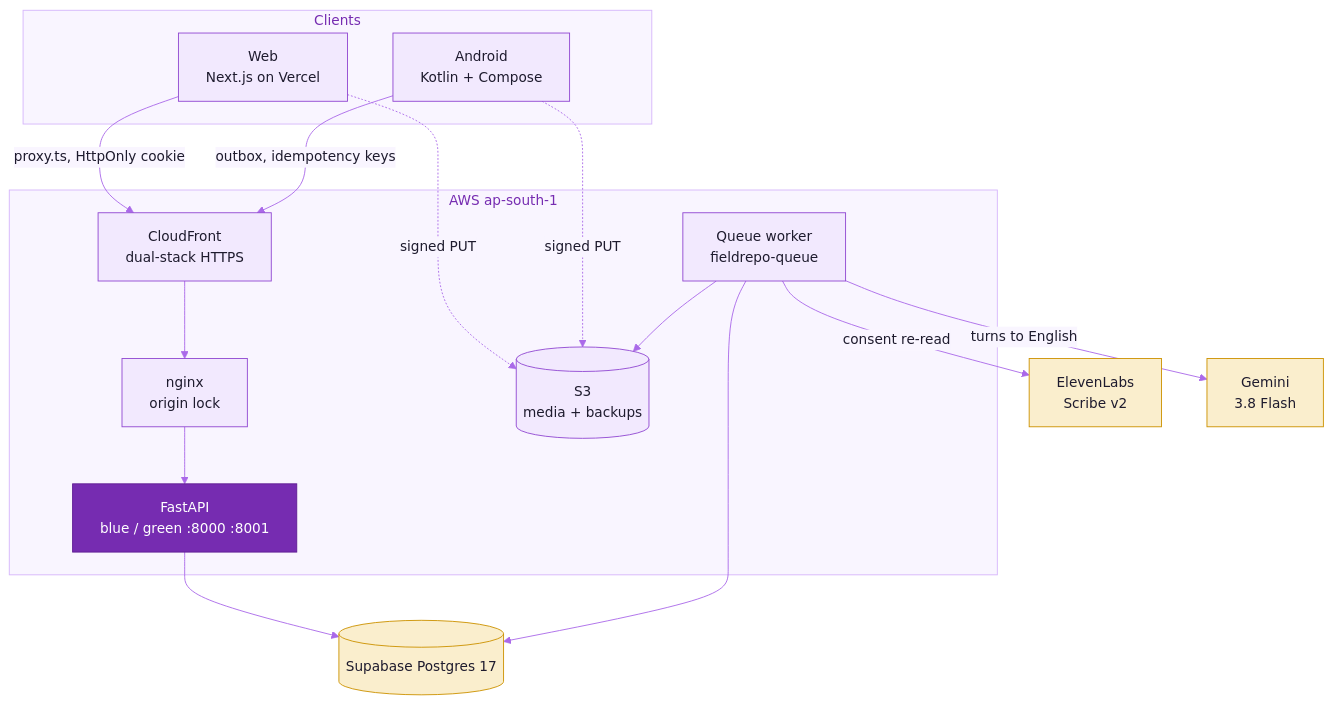
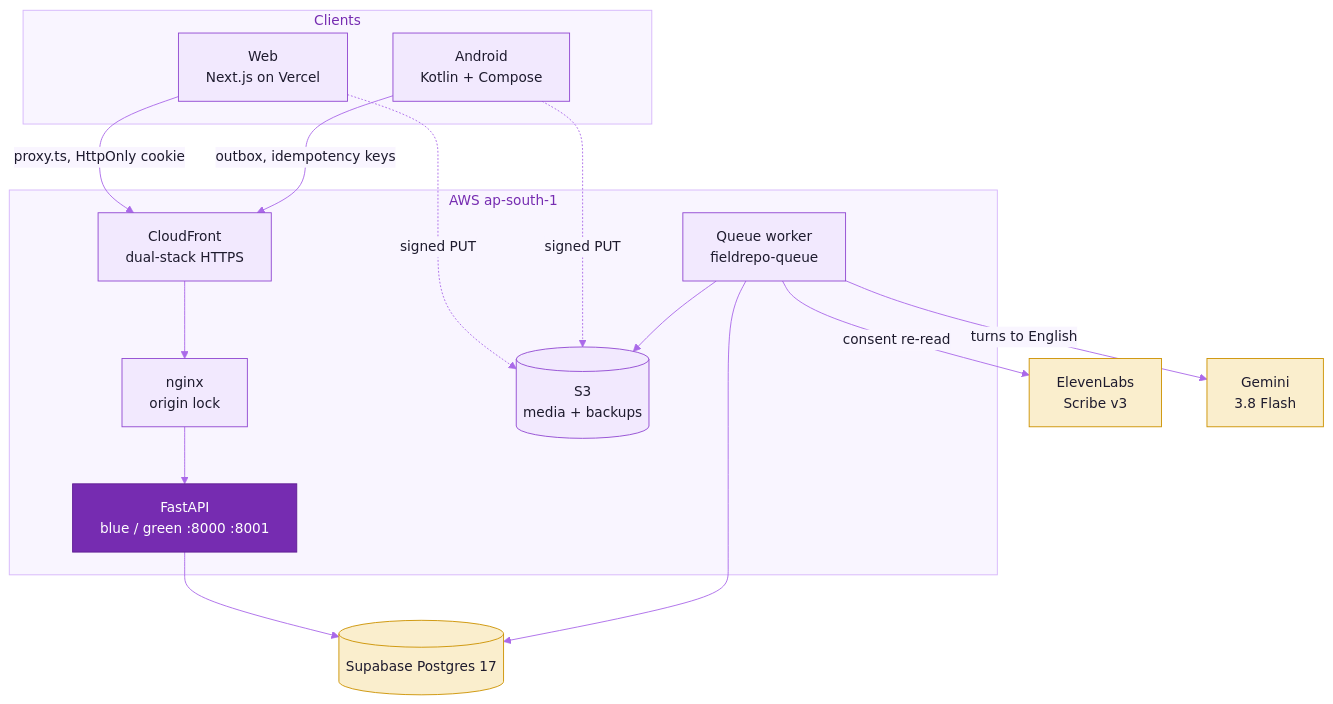
Before and after one commit to cxacraftecosystem-ui/documentation-portal: the first of 5 diagrams in README.md, drawn with Mermaid. The commit also changed other lines of this file and 52 other files, not shown here.

Commit message:
0.0.2: speech-to-text moves to ElevenLabs Scribe v3 on every surface, retries on Scribe v2 when a request is refused, and Android shows the badge the server names

````diff
--- a/README.md
+++ b/README.md
@@ -71,32 +71,32 @@
 ```mermaid
 %%{init: {"theme":"base","fontFamily":"Inter, ui-sans-serif, system-ui, -apple-system, Segoe UI, Roboto, Helvetica, Arial, sans-serif","themeVariables":{"fontSize":"15px","primaryColor":"#F2E9FE","primaryTextColor":"#1E1B2E","primaryBorderColor":"#9148D2","secondaryColor":"#FAEECD","secondaryTextColor":"#1E1B2E","secondaryBorderColor":"#CD9200","tertiaryColor":"#F3F1FA","tertiaryTextColor":"#1E1B2E","tertiaryBorderColor":"#A7A3BC","mainBkg":"#F2E9FE","nodeBorder":"#9148D2","nodeTextColor":"#1E1B2E","lineColor":"#AA69E9","textColor":"#857F9E","edgeLabelBackground":"#F9F5FF","clusterBkg":"#F9F5FF","clusterBorder":"#D6B6FB","titleColor":"#762CB1"}}}%%
 flowchart TD
   subgraph Clients
     W["Web<br/>Next.js on Vercel"]
     A["Android<br/>Kotlin + Compose"]
   end
   subgraph AWS["AWS ap-south-1"]
     CF["CloudFront<br/>dual-stack HTTPS"]
     NX["nginx<br/>origin lock"]
     API["FastAPI<br/>blue / green :8000 :8001"]
     Q["Queue worker<br/>fieldrepo-queue"]
     S3[("S3<br/>media + backups")]
   end
   PG[("Supabase Postgres 17")]
-  EL["ElevenLabs<br/>Scribe v2"]
+  EL["ElevenLabs<br/>Scribe v3"]
   GM["Gemini<br/>3.8 Flash"]
   W -->|proxy.ts, HttpOnly cookie| CF
   A -->|outbox, idempotency keys| CF
   CF --> NX --> API
   API --> PG
   Q --> PG
   W -. signed PUT .-> S3
   A -. signed PUT .-> S3
   Q --> S3
   Q -->|consent re-read| EL
   Q -->|turns to English| GM
   classDef accent fill:#762CB1,stroke:#5F1C93,color:#FFFFFF
   classDef gold fill:#FAEECD,stroke:#CD9200,color:#1E1B2E
   class API accent
   class PG,EL,GM gold
 ```
````
